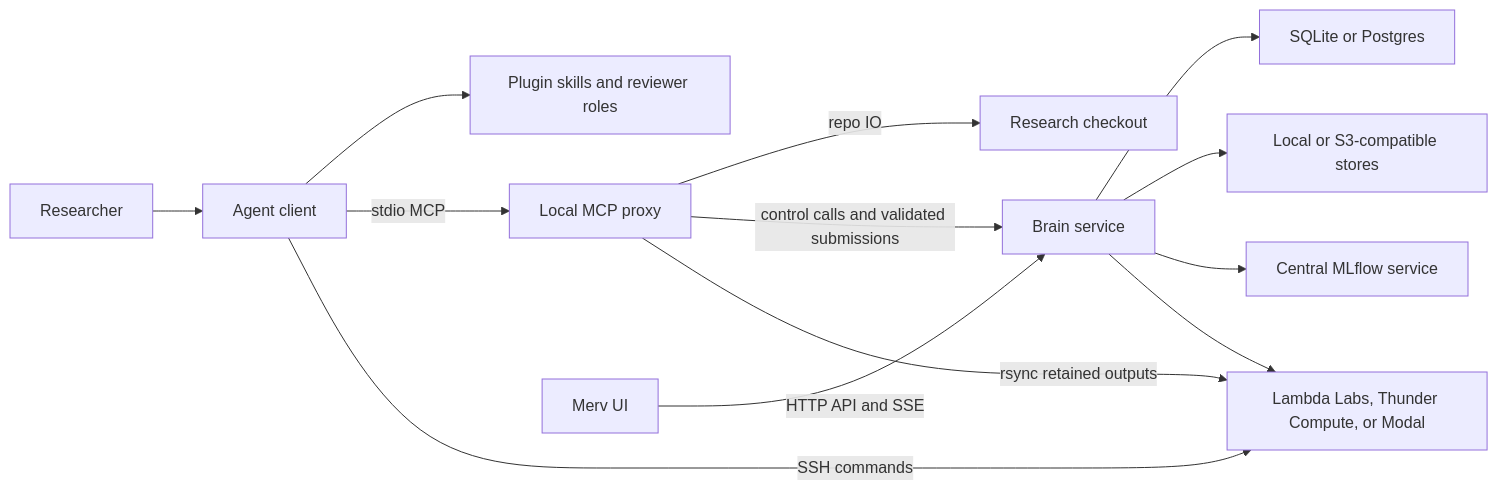
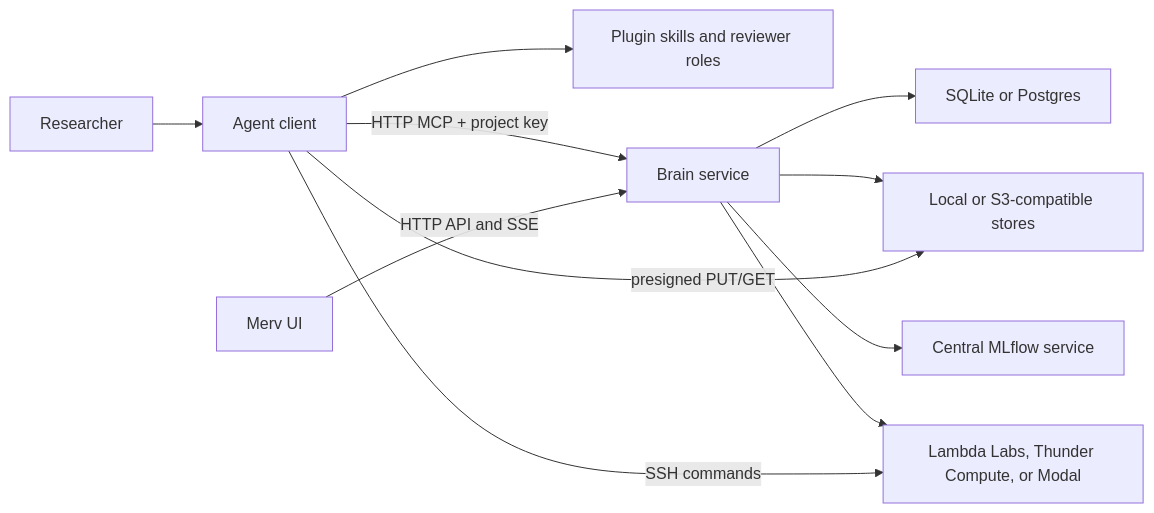
The diagram in merv/docs/ARCHITECTURE.md (NGXT-Inc/Research-Suite), drawn with Mermaid before and after one commit. The commit also changed other lines of this file and 18 other files, not shown here.

````diff
--- a/merv/docs/ARCHITECTURE.md
+++ b/merv/docs/ARCHITECTURE.md
@@ -30,15 +30,13 @@
 ```mermaid
 flowchart LR
   User["Researcher"] --> Client["Agent client"]
   Client --> Skills["Plugin skills and reviewer roles"]
-  Client -->|stdio MCP| Proxy["Local MCP proxy"]
-  Proxy -->|repo IO| Repo["Research checkout"]
-  Proxy -->|control calls and validated submissions| Brain["Brain service"]
+  Client -->|HTTP MCP + project key| Brain["Brain service"]
   Browser["Merv UI"] -->|HTTP API and SSE| Brain
   Brain --> State["SQLite or Postgres"]
   Brain --> Blobs["Local or S3-compatible stores"]
   Brain --> MLflow["Central MLflow service"]
   Brain --> Providers["Lambda Labs, Thunder Compute, or Modal"]
   Client -->|SSH commands| Providers
-  Proxy -->|rsync retained outputs| Providers
+  Client -->|presigned PUT/GET| Blobs
 ```
````
